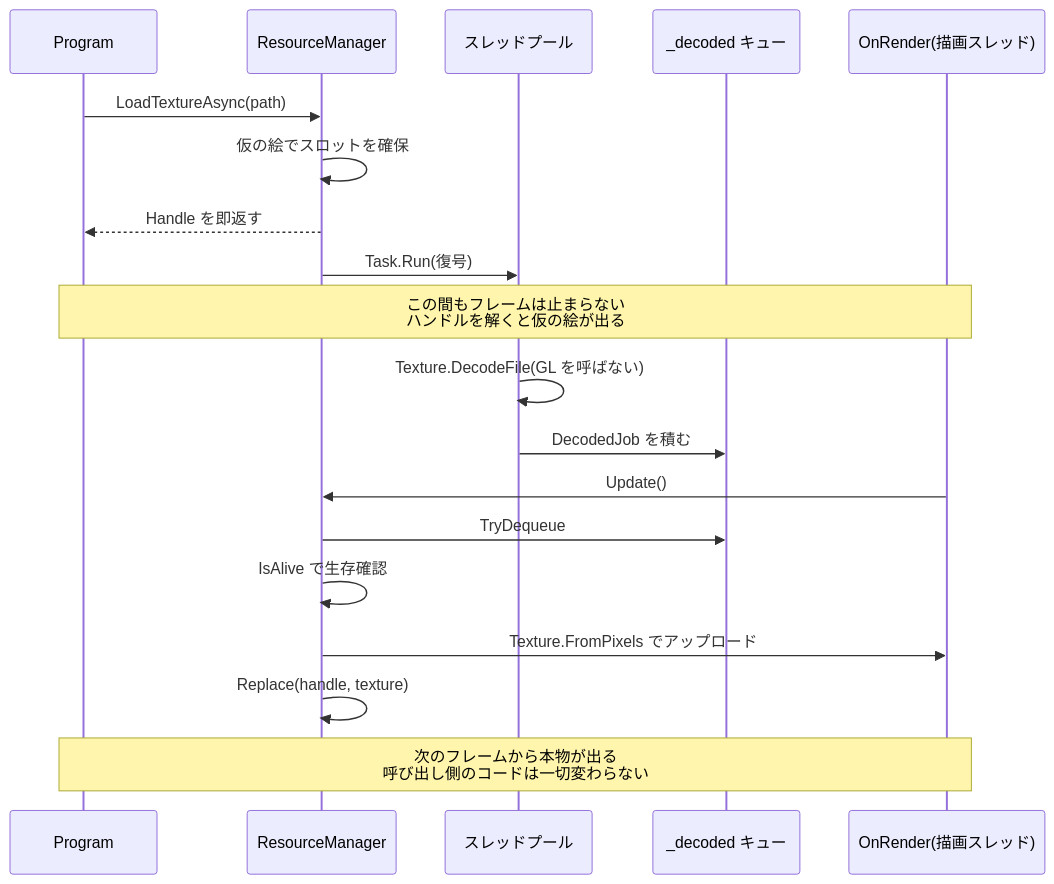
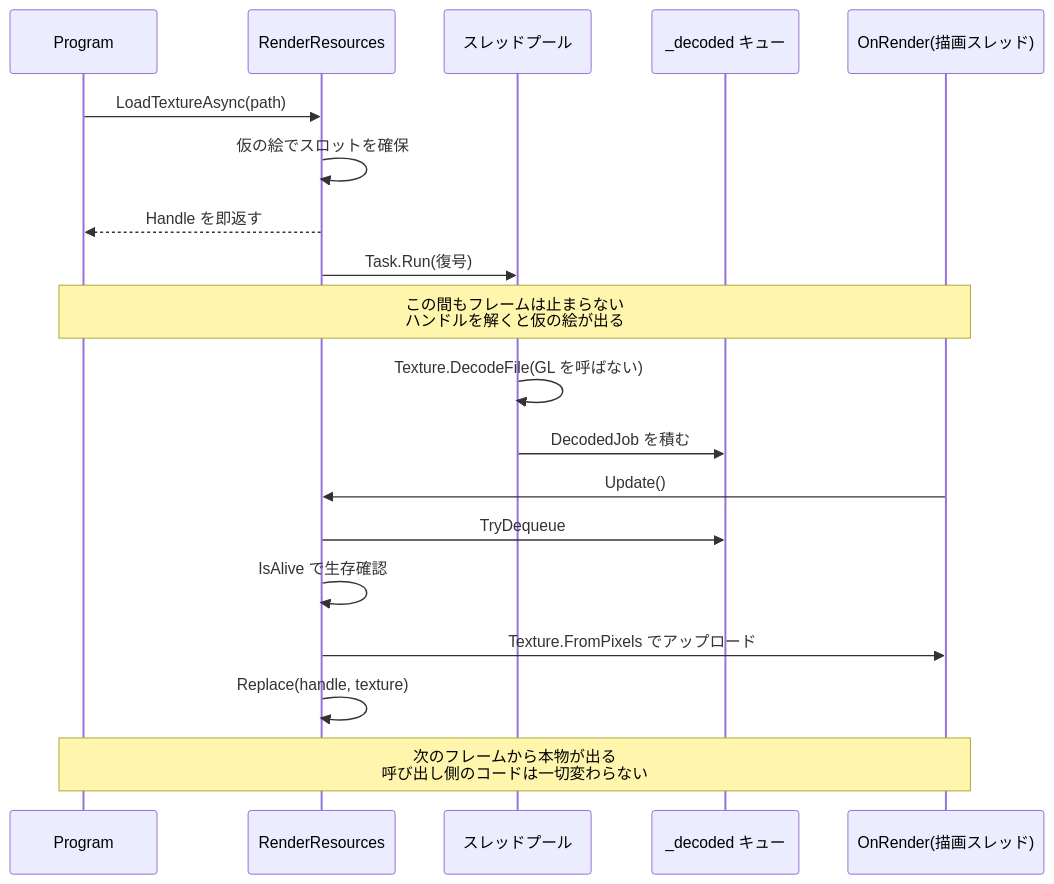
One commit to honyax/honya-game-engine changed diagram 17 of 25 in docs/plans/Day32.md. Above: the diagram before and after it, drawn with Mermaid. The commit also changed other lines of this file and 20 other files, not shown here.

First line of the commit message:
docs: Day31〜51 の設計書を RenderResources への改名・移動に合わせる

````diff
--- a/docs/plans/Day32.md
+++ b/docs/plans/Day32.md
@@ -1671,22 +1695,22 @@
 ```mermaid
 sequenceDiagram
     participant P as Program
-    participant RM as ResourceManager
+    participant RM as RenderResources
     participant TP as スレッドプール
     participant Q as _decoded キュー
     participant GL as OnRender(描画スレッド)
 
     P->>RM: LoadTextureAsync(path)
     RM->>RM: 仮の絵でスロットを確保
     RM-->>P: Handle を即返す
     RM->>TP: Task.Run(復号)
     Note over P,GL: この間もフレームは止まらない<br/>ハンドルを解くと仮の絵が出る
     TP->>TP: Texture.DecodeFile(GL を呼ばない)
     TP->>Q: DecodedJob を積む
     GL->>RM: Update()
     RM->>Q: TryDequeue
     RM->>RM: IsAlive で生存確認
     RM->>GL: Texture.FromPixels でアップロード
     RM->>RM: Replace(handle, texture)
     Note over P,GL: 次のフレームから本物が出る<br/>呼び出し側のコードは一切変わらない
 ```
````
